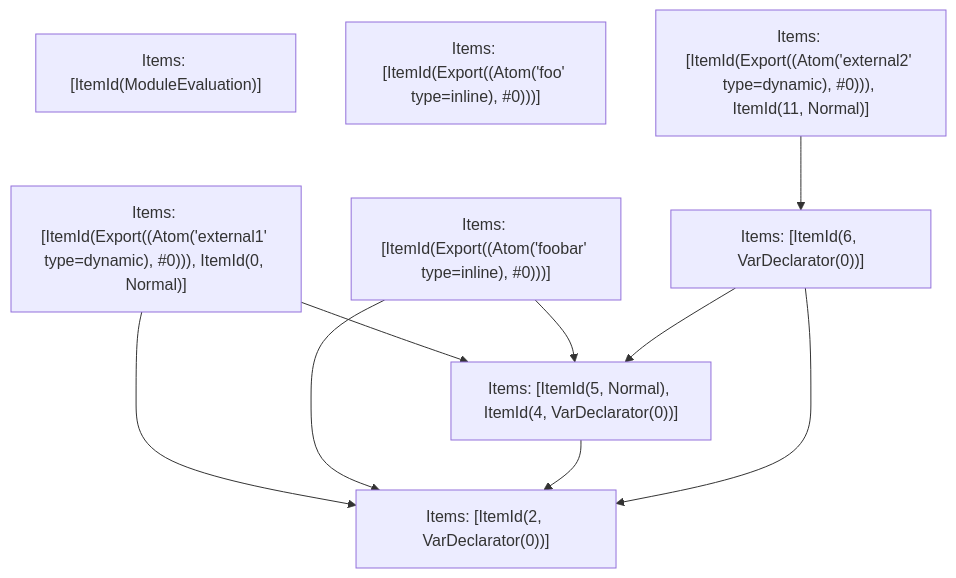
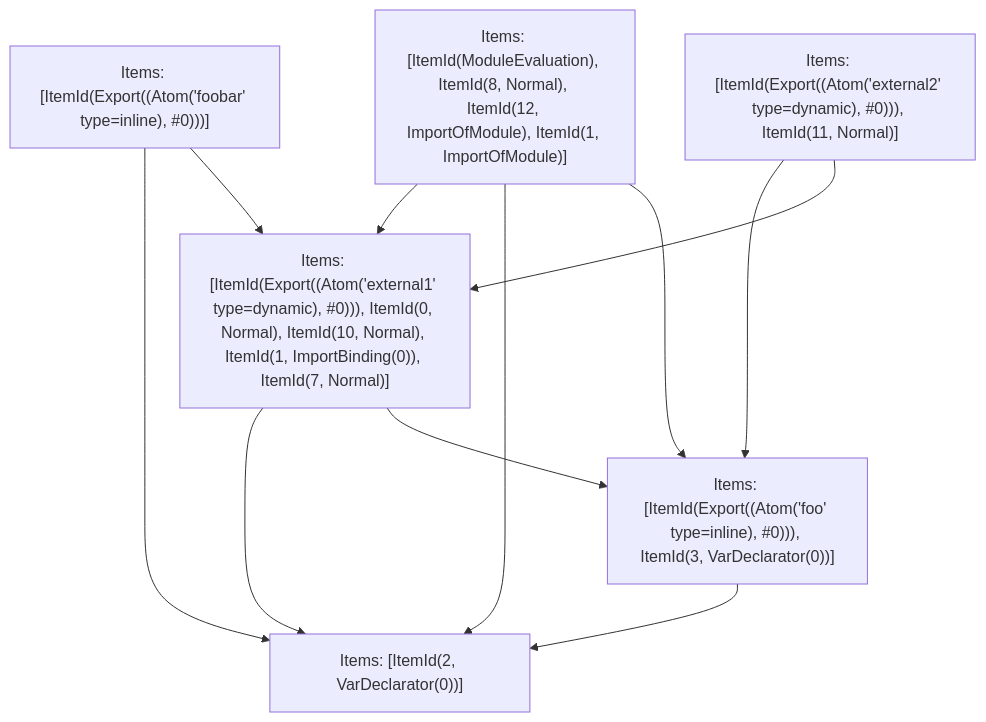
One commit to vercel/turborepo changed the fifth of 5 diagrams in crates/turbopack-ecmascript/tests/tree-shaker/analyzer/2/output.md. Above: the diagram before and after it, drawn with Mermaid. The commit also changed other lines of this file and 2 other files, not shown here.

Commit message:
Update test refs

````diff
--- a/crates/turbopack-ecmascript/tests/tree-shaker/analyzer/2/output.md
+++ b/crates/turbopack-ecmascript/tests/tree-shaker/analyzer/2/output.md
@@ -359,19 +359,19 @@
 ```mermaid
 graph TD
-    N0["Items: [ItemId(ModuleEvaluation)]"];
-    N1["Items: [ItemId(Export((Atom('external1' type=dynamic), #0))), ItemId(0, Normal)]"];
+    N0["Items: [ItemId(ModuleEvaluation), ItemId(8, Normal), ItemId(12, ImportOfModule), ItemId(1, ImportOfModule)]"];
+    N1["Items: [ItemId(Export((Atom('external1' type=dynamic), #0))), ItemId(0, Normal), ItemId(10, Normal), ItemId(1, ImportBinding(0)), ItemId(7, Normal)]"];
     N2["Items: [ItemId(Export((Atom('foobar' type=inline), #0)))]"];
-    N3["Items: [ItemId(Export((Atom('foo' type=inline), #0)))]"];
+    N3["Items: [ItemId(Export((Atom('foo' type=inline), #0))), ItemId(3, VarDeclarator(0))]"];
     N4["Items: [ItemId(Export((Atom('external2' type=dynamic), #0))), ItemId(11, Normal)]"];
     N5["Items: [ItemId(2, VarDeclarator(0))]"];
-    N6["Items: [ItemId(5, Normal), ItemId(4, VarDeclarator(0))]"];
-    N7["Items: [ItemId(6, VarDeclarator(0))]"];
+    N0 --> N1;
+    N0 --> N5;
+    N0 --> N3;
     N1 --> N5;
-    N1 --> N6;
+    N1 --> N3;
     N2 --> N5;
-    N2 --> N6;
-    N4 --> N7;
-    N6 --> N5;
-    N7 --> N5;
-    N7 --> N6;
+    N2 --> N1;
+    N3 --> N5;
+    N4 --> N3;
+    N4 --> N1;
 ```
````
